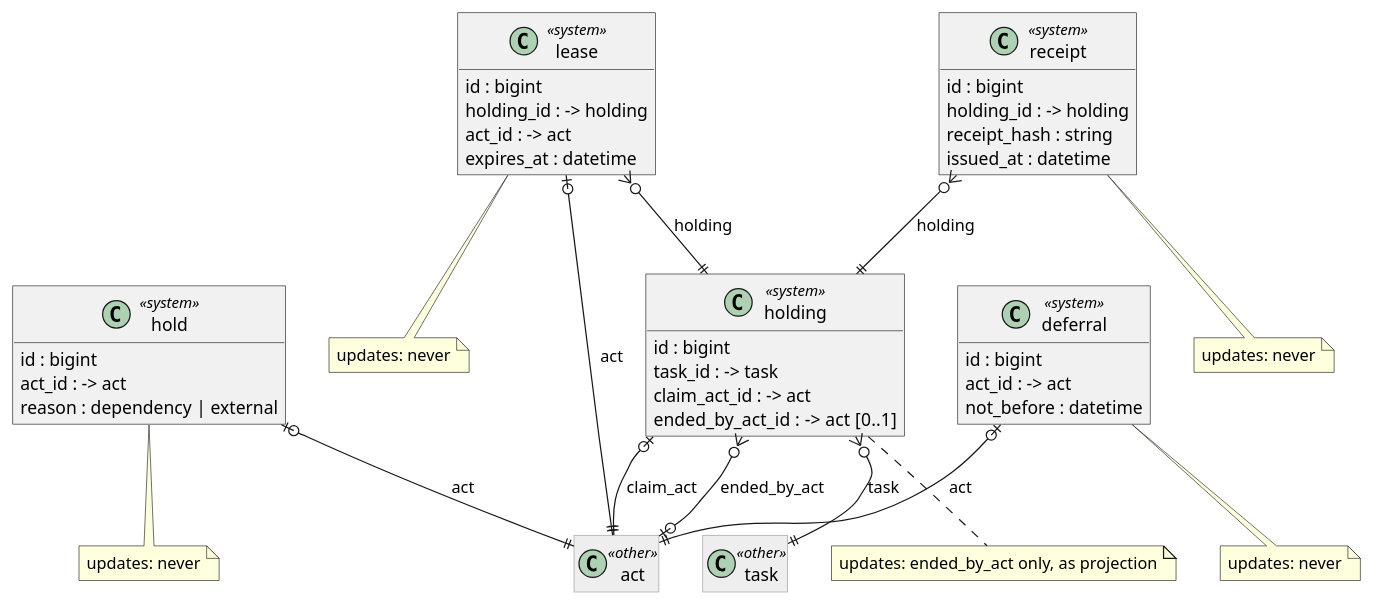
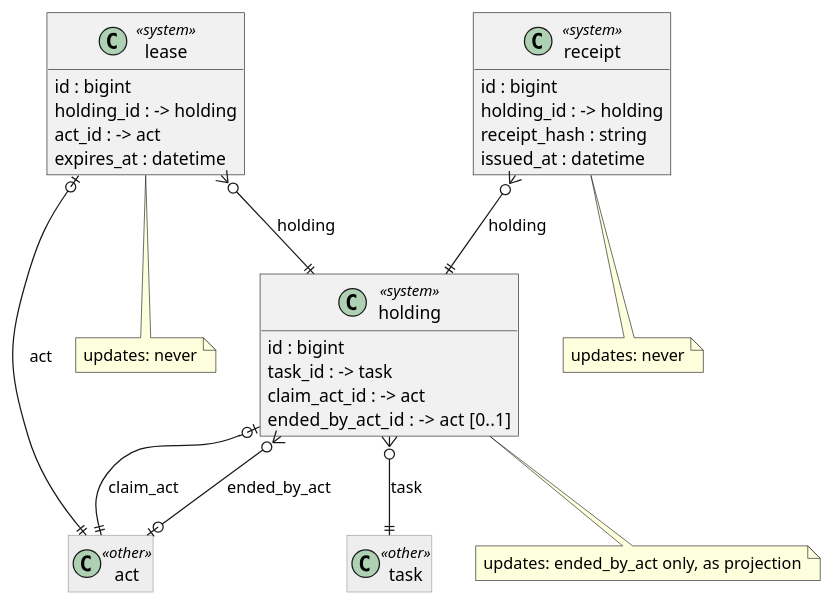
Before and after one commit to Kumbuka-ai/kumbuka-dispatch: the diagram in docs/data-model/diagrams/05-holding.puml, drawn with PlantUML. The commit also changed 30 other files, not shown here.

```diff
--- a/docs/data-model/diagrams/05-holding.puml
+++ b/docs/data-model/diagrams/05-holding.puml
@@ -1,57 +1,43 @@
 @startuml 05-holding
 ' 05-holding (docs/data-model/groups/05-holding.md), generated from model/holding.linkml.yaml.
 ' Every table carries tenant_id and scope_id and a unique key (tenant_id, scope_id, id); every foreign
 ' key runs over tenant, scope and id (ADR-0042). Left out below. Tables of other groups are drawn grey.
 skinparam shadowing false
 skinparam roundcorner 0
 skinparam classAttributeIconSize 0
 hide methods
 hide empty members
 skinparam class<<other>> {
   BackgroundColor #EEEEEE
   BorderColor #999999
 }
 class holding <<system>> {
   id : bigint
   task_id : -> task
   claim_act_id : -> act
   ended_by_act_id : -> act  [0..1]
 }
 note bottom of holding : updates: ended_by_act only, as projection
 class lease <<system>> {
   id : bigint
   holding_id : -> holding
   act_id : -> act
   expires_at : datetime
 }
 note bottom of lease : updates: never
 class receipt <<system>> {
   id : bigint
   holding_id : -> holding
   receipt_hash : string
   issued_at : datetime
 }
 note bottom of receipt : updates: never
-class hold <<system>> {
-  id : bigint
-  act_id : -> act
-  reason : dependency | external
-}
-note bottom of hold : updates: never
-class deferral <<system>> {
-  id : bigint
-  act_id : -> act
-  not_before : datetime
-}
-note bottom of deferral : updates: never
 class act <<other>>
 class task <<other>>
 holding }o--|| task : task
 holding |o--|| act : claim_act
 holding }o--o| act : ended_by_act
 lease }o--|| holding : holding
 lease |o--|| act : act
 receipt }o--|| holding : holding
-hold |o--|| act : act
-deferral |o--|| act : act
 @enduml
```
